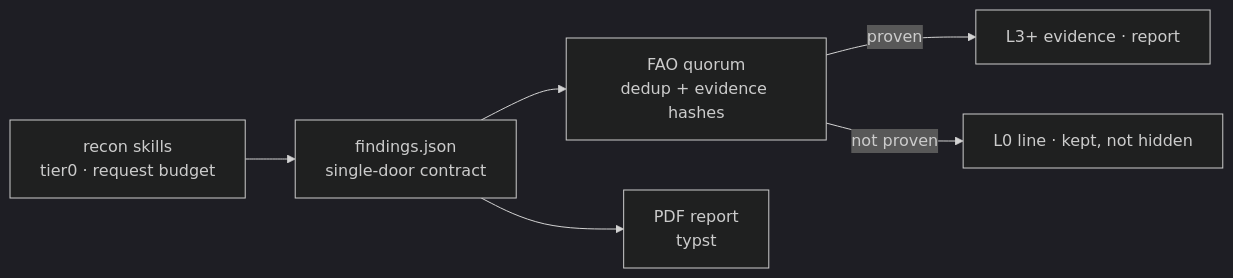
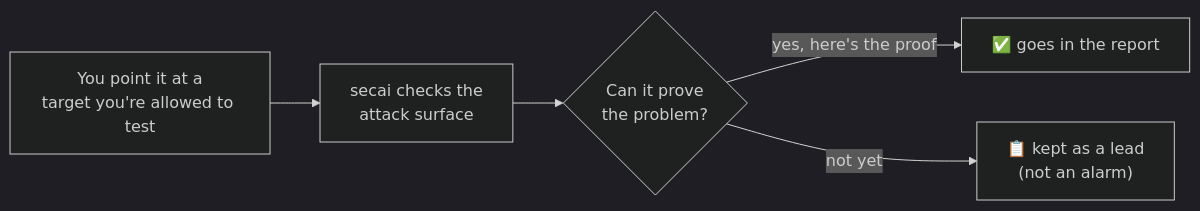
The diagram in README.md (maulanawirawan/cyphron), drawn with Mermaid (dark theme) before and after one commit. The commit also changed other lines of this file and 6 other files, not shown here.

````diff
--- a/README.md
+++ b/README.md
@@ -133,8 +48,7 @@
 ```mermaid
 flowchart LR
-    A[recon skills<br/>tier0 · request budget] --> B[findings.json<br/>single-door contract]
-    B --> C[FAO quorum<br/>dedup + evidence hashes]
-    C -->|proven| E[L3+ evidence · report]
-    C -->|not proven| F[L0 line · kept, not hidden]
-    B --> G[PDF report<br/>typst]
+    A["You point it at a<br/>target you're allowed to test"] --> B["secai checks the<br/>attack surface"]
+    B --> C{"Can it prove<br/>the problem?"}
+    C -->|yes, here's the proof| D["✅ goes in the report"]
+    C -->|not yet| E["📋 kept as a lead<br/>(not an alarm)"]
 ```
````
